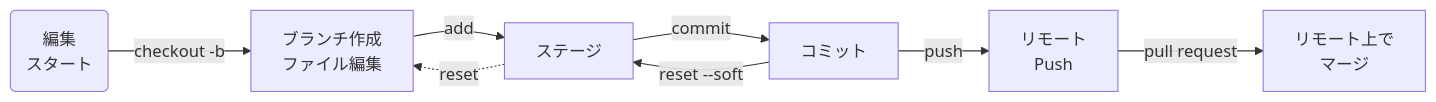
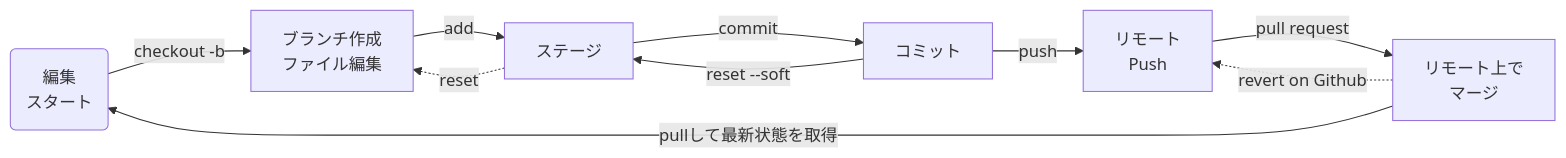
The diagram in Git道場/gitコマンドチートシート.md (shinkawa1209/md-labo), drawn with Mermaid before and after one commit. The commit also changed other lines of this file, not shown here.

````diff
--- a/Git道場/gitコマンドチートシート.md
+++ b/Git道場/gitコマンドチートシート.md
@@ -3,17 +3,18 @@
 ```mermaid
 flowchart LR
     id1(編集<br>スタート)
     id2[ブランチ作成<br>ファイル編集]
     id3[ステージ]
     id4[コミット]
     id5[リモート<br>Push]
     id6[リモート上で<br>マージ]
     id1 -->|checkout -b| id2
     id2 -->|add| id3
     id3 -.->|reset| id2
     id3 -->|commit| id4
     id4 -->|push| id5
     id5 -->|pull request| id6
+    id6 -.->|revert on Github| id5
     id4 -->|reset --soft| id3
-
+    id6 -->|pullして最新状態を取得| id1
 ```
````
